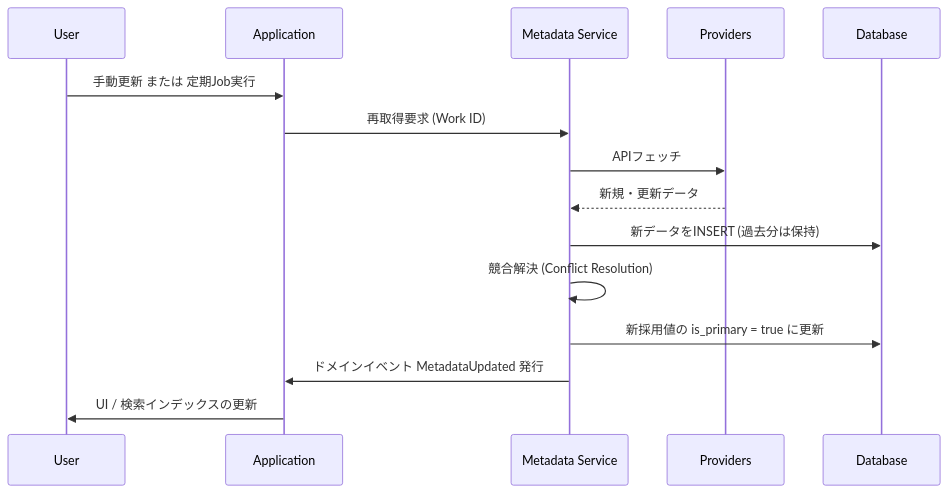
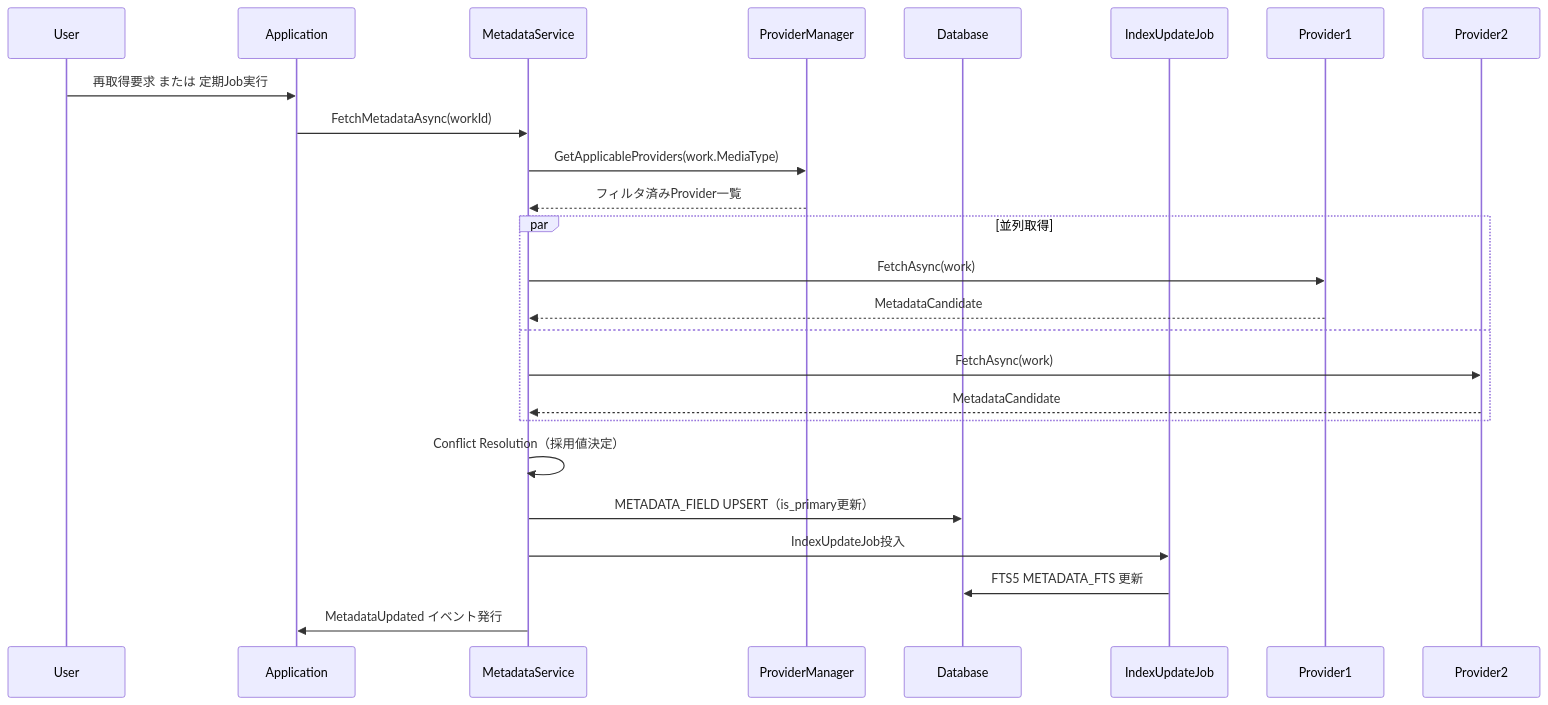
The third of 3 diagrams in Document/Metadata.md (nuts-kinoco/WISE), drawn with Mermaid before and after one commit. The commit also changed other lines of this file and 6 other files, not shown here.

First line of the commit message:
Docs v2.0: Architecture update for Comic/Doujin Library Extension

````diff
--- a/Document/Metadata.md
+++ b/Document/Metadata.md
@@ -188,18 +313,26 @@
 ```mermaid
 sequenceDiagram
     participant User
     participant App as Application
-    participant MS as Metadata Service
-    participant Prov as Providers
+    participant MS as MetadataService
+    participant PM as ProviderManager
     participant DB as Database
-    
-    User->>App: 手動更新 または 定期Job実行
-    App->>MS: 再取得要求 (Work ID)
-    MS->>Prov: APIフェッチ
-    Prov-->>MS: 新規・更新データ
-    MS->>DB: 新データをINSERT (過去分は保持)
-    MS->>MS: 競合解決 (Conflict Resolution)
-    MS->>DB: 新採用値の is_primary = true に更新
-    MS->>App: ドメインイベント MetadataUpdated 発行
-    App->>User: UI / 検索インデックスの更新
+    participant FTS as IndexUpdateJob
+
+    User->>App: 再取得要求 または 定期Job実行
+    App->>MS: FetchMetadataAsync(workId)
+    MS->>PM: GetApplicableProviders(work.MediaType)
+    PM-->>MS: フィルタ済みProvider一覧
+    par 並列取得
+        MS->>Provider1: FetchAsync(work)
+        Provider1-->>MS: MetadataCandidate
+    and
+        MS->>Provider2: FetchAsync(work)
+        Provider2-->>MS: MetadataCandidate
+    end
+    MS->>MS: Conflict Resolution（採用値決定）
+    MS->>DB: METADATA_FIELD UPSERT（is_primary更新）
+    MS->>FTS: IndexUpdateJob投入
+    FTS->>DB: FTS5 METADATA_FTS 更新
+    MS->>App: MetadataUpdated イベント発行
 ```
````
